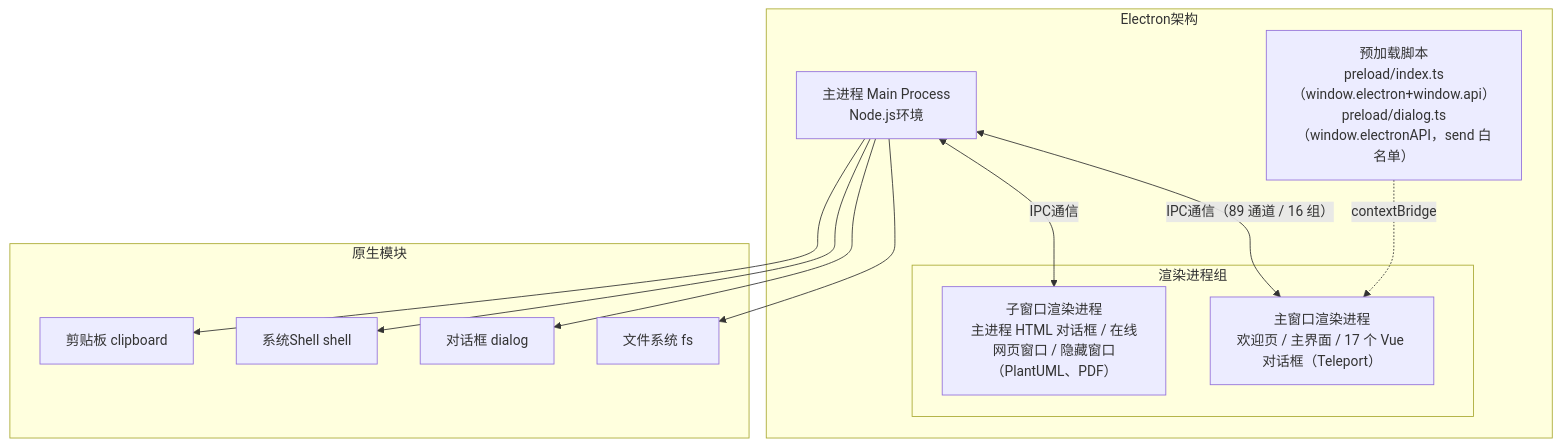
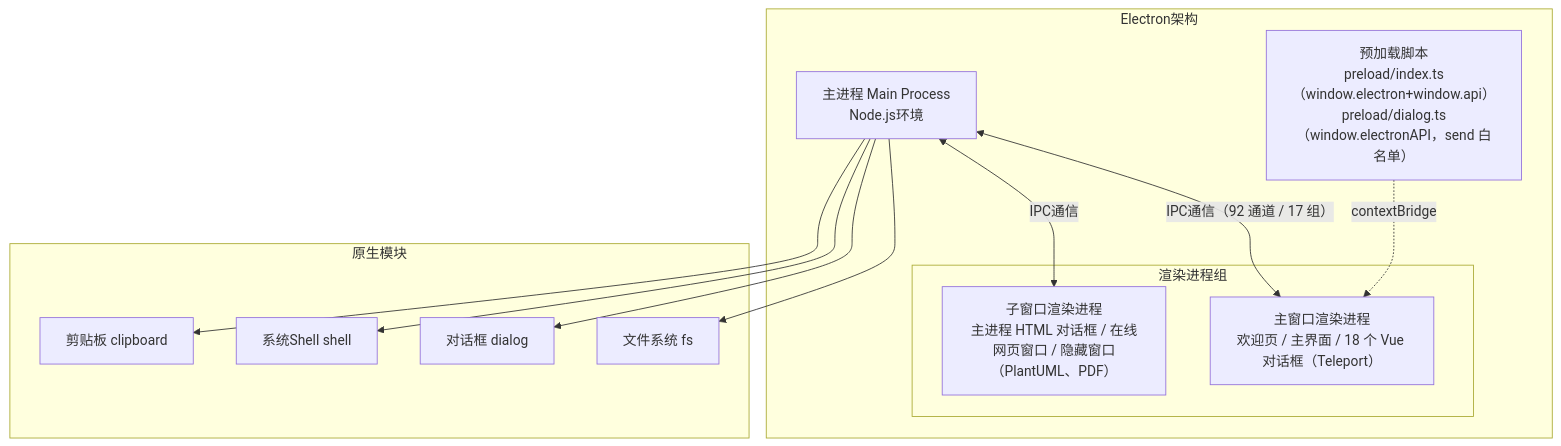
Before and after one commit to hemy08/BaiZeNotesByVue: the sixth of 34 diagrams in docs/wiki/02-设计与架构/架构文档.md, drawn with Mermaid. The commit also changed other lines of this file and 21 other files, not shown here.

````diff
--- a/docs/wiki/02-设计与架构/架构文档.md
+++ b/docs/wiki/02-设计与架构/架构文档.md
@@ -336,29 +336,29 @@
 ```mermaid
 graph TB
     subgraph Electron架构
         MAIN[主进程 Main Process<br/>Node.js环境]
         
         subgraph 渲染进程组
-            RENDERER[主窗口渲染进程<br/>欢迎页 / 主界面 / 17 个 Vue 对话框（Teleport）]
+            RENDERER[主窗口渲染进程<br/>欢迎页 / 主界面 / 18 个 Vue 对话框（Teleport）]
             RENDERER2[子窗口渲染进程<br/>主进程 HTML 对话框 / 在线网页窗口 / 隐藏窗口（PlantUML、PDF）]
         end
         
         PRELOAD[预加载脚本<br/>preload/index.ts（window.electron+window.api）<br/>preload/dialog.ts（window.electronAPI，send 白名单）]
         
-        MAIN <-->|IPC通信（89 通道 / 16 组）| RENDERER
+        MAIN <-->|IPC通信（92 通道 / 17 组）| RENDERER
         MAIN <-->|IPC通信| RENDERER2
         PRELOAD -.->|contextBridge| RENDERER
     end
     
     subgraph 原生模块
         FS[文件系统 fs]
         DIALOG[对话框 dialog]
         SHELL[系统Shell shell]
         CLIPBOARD[剪贴板 clipboard]
     end
     
     MAIN --> FS
     MAIN --> DIALOG
     MAIN --> SHELL
     MAIN --> CLIPBOARD
 ```
````
